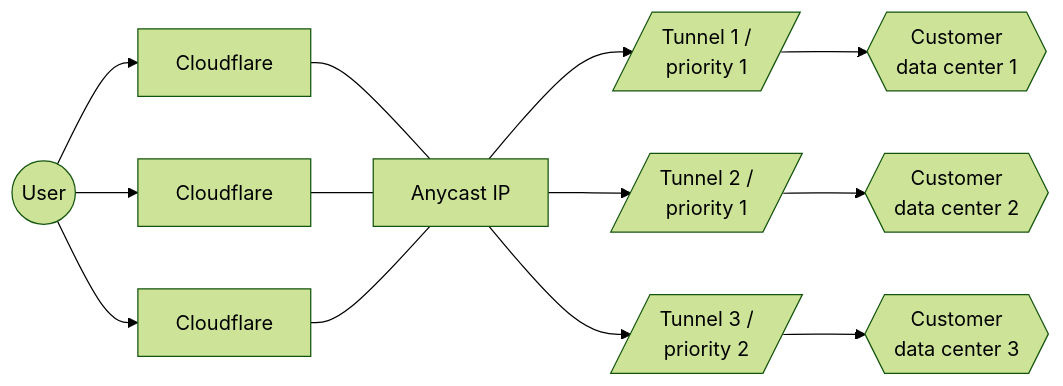
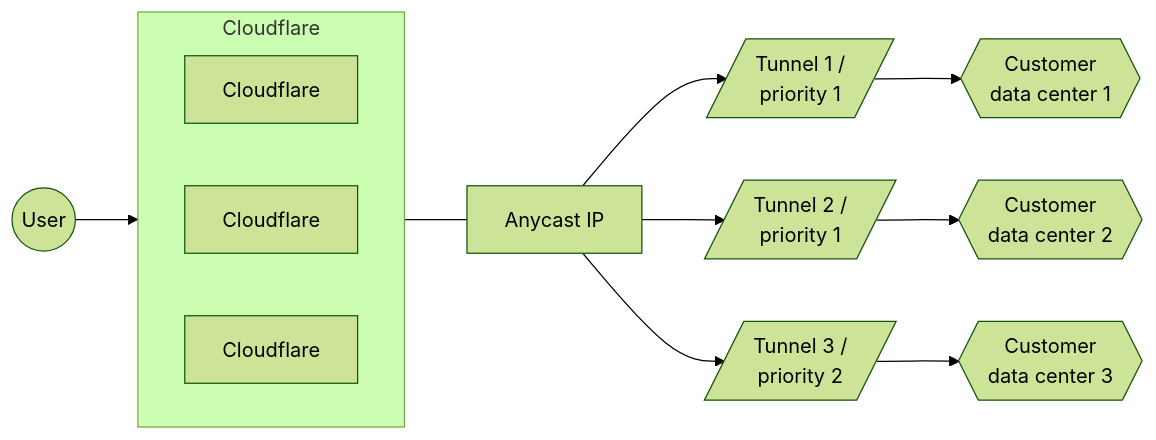
One commit to cloudflare/cloudflare-docs changed the first of 4 diagrams in content/magic-transit/reference/traffic-steering.md. Above: the diagram before and after it, drawn with Mermaid (forest theme). The commit also changed other lines of this file, not shown here.

Commit message:
corrected graphics

````diff
--- a/content/magic-transit/reference/traffic-steering.md
+++ b/content/magic-transit/reference/traffic-steering.md
@@ -14,9 +14,17 @@
 ```mermaid
 flowchart LR
 accTitle: Tunnels diagram
 accDescr: The example in this diagram has three tunnel routes. Tunnels 1 and 2 have top priority and Tunnel 3 is secondary.
-A((User)) --> B[Cloudflare] & C[Cloudflare] & D[Cloudflare]--- E[Anycast IP]
+
+subgraph Cloudflare
+direction LR
+B[Cloudflare]
+C[Cloudflare]
+D[Cloudflare]
+end
+
+A((User)) --> Cloudflare --- E[Anycast IP]
 E[Anycast IP] --> F[/Tunnel 1 / <br> priority 1/] --> I{{Customer <br> data center 1}}
 E[Anycast IP] --> G[/Tunnel 2 / <br> priority 1/] --> J{{Customer <br> data center 2}}
 E[Anycast IP] --> H[/Tunnel 3 / <br> priority 2/] --> K{{Customer <br> data center 3}}
 ```
````
